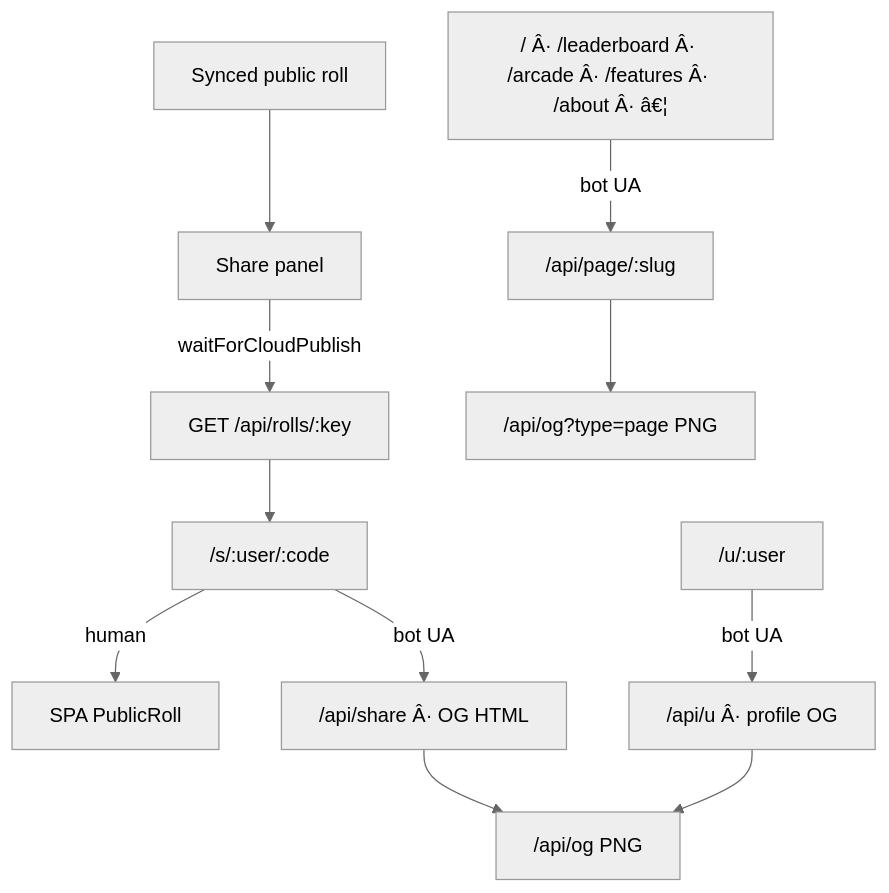
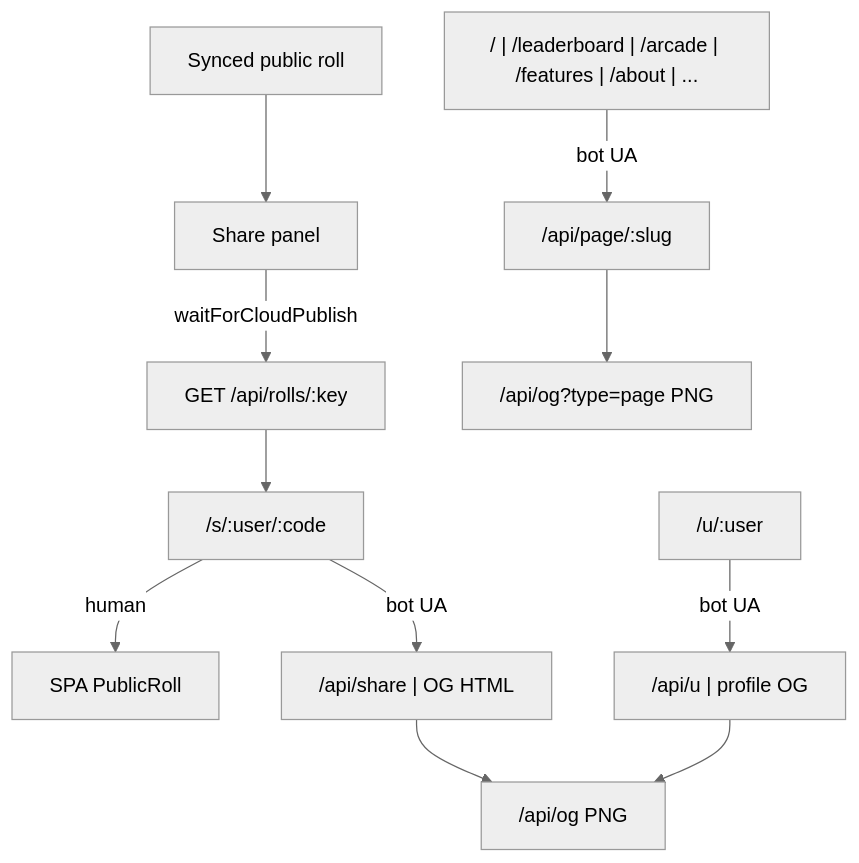
The eighth of 8 diagrams in docs/wiki/Architecture.md (jondmarien/rngdle-unlocked), drawn with Mermaid (neutral theme) before and after one commit. The commit also changed other lines of this file and 22 other files, not shown here.

First line of the commit message:
Fix GitHub Wiki mojibake and Mermaid-hostile Unicode.

````diff
--- a/docs/wiki/Architecture.md
+++ b/docs/wiki/Architecture.md
@@ -265,13 +263,13 @@
 ```mermaid
 flowchart TB
   Roll[Synced public roll] --> Share[Share panel]
   Share -->|waitForCloudPublish| API["GET /api/rolls/:key"]
   API --> Vanity["/s/:user/:code"]
   Vanity -->|human| SPA[SPA PublicRoll]
-  Vanity -->|bot UA| HTML["/api/share Â· OG HTML"]
+  Vanity -->|bot UA| HTML["/api/share | OG HTML"]
   HTML --> Img["/api/og PNG"]
-  Profile["/u/:user"] -->|bot UA| UHTML["/api/u Â· profile OG"]
+  Profile["/u/:user"] -->|bot UA| UHTML["/api/u | profile OG"]
   UHTML --> Img
-  Pages["/ Â· /leaderboard Â· /arcade Â· /features Â· /about Â· â€¦"] -->|bot UA| PageHTML["/api/page/:slug"]
+  Pages["/ | /leaderboard | /arcade | /features | /about | ..."] -->|bot UA| PageHTML["/api/page/:slug"]
   PageHTML --> PageImg["/api/og?type=page PNG"]
 ```
````
